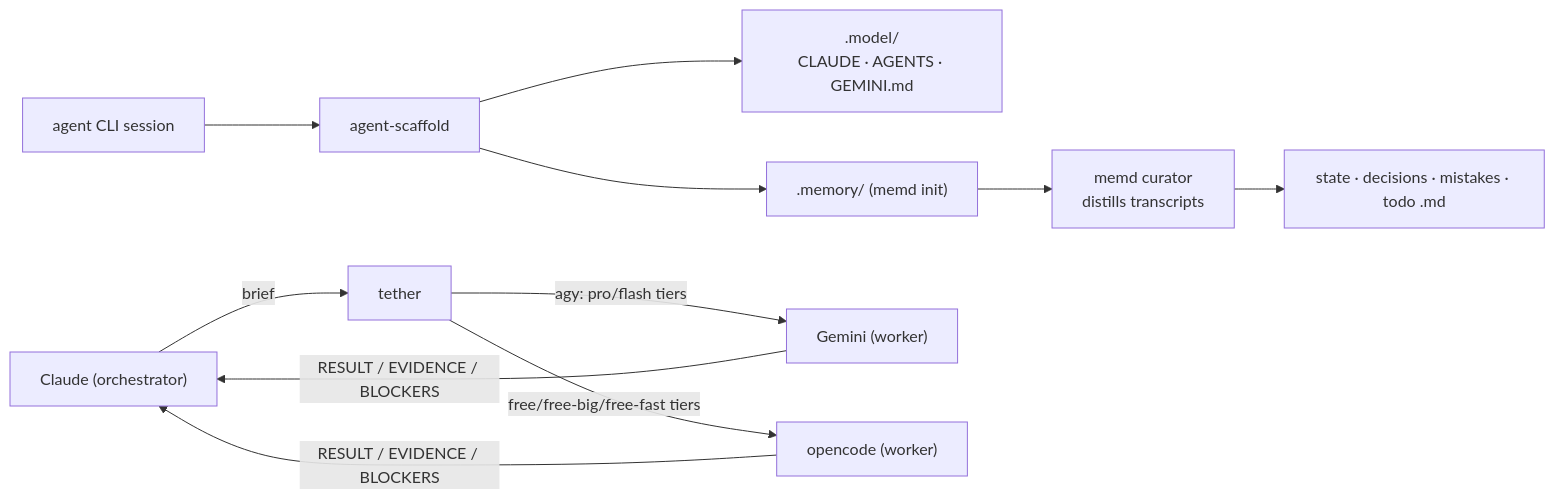
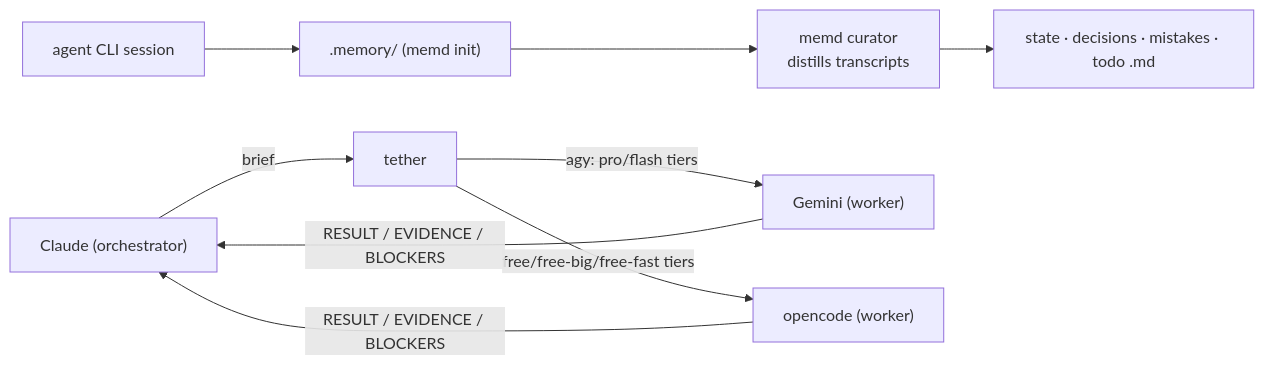
One commit to lowcache/volnixos-wiki changed the diagram in content/en/tooling/agents.md. Above: the diagram before and after it, drawn with Mermaid. The commit also changed other lines of this file and 29 other files, not shown here.

````diff
--- a/content/en/tooling/agents.md
+++ b/content/en/tooling/agents.md
@@ -15,13 +14,11 @@
 ```mermaid
 flowchart LR
-    SS["agent CLI session"] --> AS["agent-scaffold"]
-    AS --> M[".model/<br/>CLAUDE · AGENTS · GEMINI.md"]
-    AS --> MEM[".memory/ (memd init)"]
+    SS["agent CLI session"] --> MEM[".memory/ (memd init)"]
     MEM --> CUR["memd curator<br/>distills transcripts"]
     CUR --> FILES["state · decisions · mistakes · todo .md"]
     CLAUDE["Claude (orchestrator)"] -->|brief| TETHER["tether"]
     TETHER -->|agy: pro/flash tiers| GEM["Gemini (worker)"]
     TETHER -->|free/free-big/free-fast tiers| OC["opencode (worker)"]
     GEM -->|RESULT / EVIDENCE / BLOCKERS| CLAUDE
     OC -->|RESULT / EVIDENCE / BLOCKERS| CLAUDE
 ```
````
